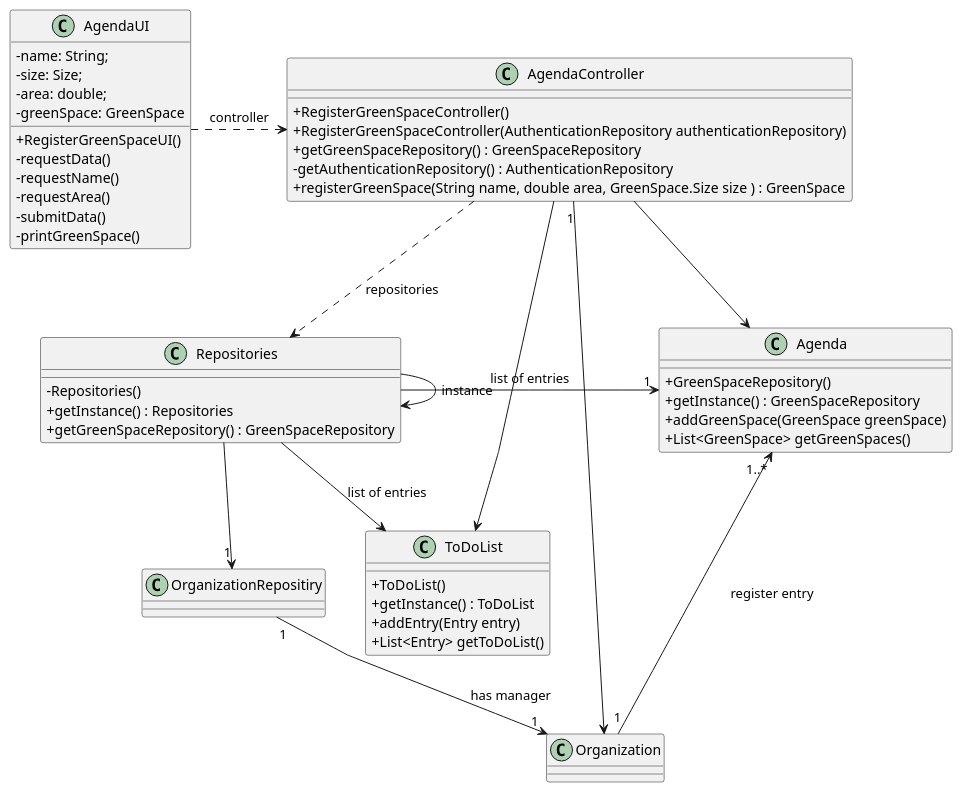
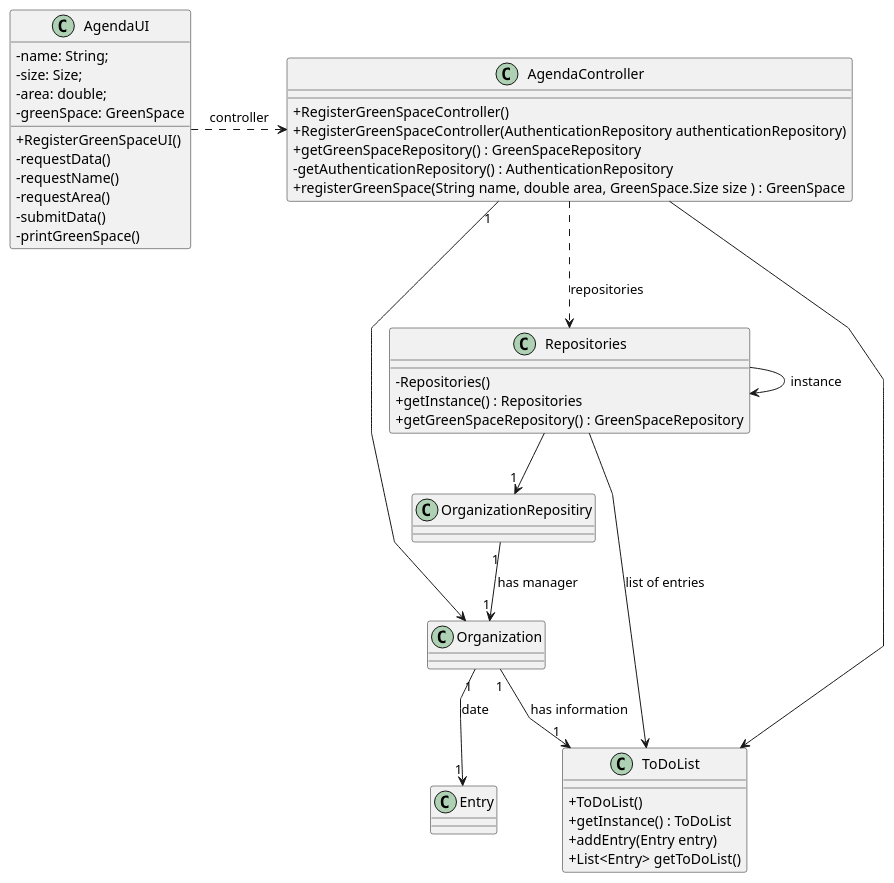
One commit to Departamento-de-Engenharia-Informatica/lei-24-s2-1df-1de-g063 changed the diagram in docs/SprintC/us022/03.design/puml/us022-class-diagram.puml. Above: the diagram before and after it, drawn with PlantUML. The commit also changed 19 other files, not shown here.

```diff
--- a/docs/SprintC/us022/03.design/puml/us022-class-diagram.puml
+++ b/docs/SprintC/us022/03.design/puml/us022-class-diagram.puml
@@ -1,69 +1,61 @@
 @startuml
 'skinparam monochrome true
 skinparam packageStyle rectangle
 skinparam shadowing false
 skinparam linetype polyline
 'skinparam linetype orto
 
 skinparam classAttributeIconSize 0
 
 'left to right direction
 class ToDoList{
 
 +ToDoList()
 +getInstance() : ToDoList
 +addEntry(Entry entry)
 +List<Entry> getToDoList()
 }
 class AgendaUI{
 -name: String;
 -size: Size;
 -area: double;
 -greenSpace: GreenSpace
 
 +RegisterGreenSpaceUI()
 -requestData()
 -requestName()
 -requestArea()
 -submitData()
 -printGreenSpace()
 }
 
 class AgendaController{
 
     +RegisterGreenSpaceController()
     +RegisterGreenSpaceController(AuthenticationRepository authenticationRepository)
     +getGreenSpaceRepository() : GreenSpaceRepository
     -getAuthenticationRepository() : AuthenticationRepository
     +registerGreenSpace(String name, double area, GreenSpace.Size size ) : GreenSpace
 }
 
 class Repositories{
     - Repositories()
     + getInstance() : Repositories
     + getGreenSpaceRepository() : GreenSpaceRepository
 }
-class ToDoList {}
-class Agenda{
-    +GreenSpaceRepository()
-    +getInstance() : GreenSpaceRepository
-    +addGreenSpace(GreenSpace greenSpace)
-    +List<GreenSpace> getGreenSpaces()
-}
+
 class Organization{}
-
+class Entry{}
 
 AgendaUI .> AgendaController : controller
 AgendaController ..> Repositories : repositories
-Repositories -> "1" Agenda : list of entries
 Repositories --> ToDoList : list of entries
 ToDoList <-down- AgendaController
-AgendaController-->Agenda
 Repositories -down-> "1" OrganizationRepositiry
 OrganizationRepositiry "1" --> "1" Organization : has manager
-Agenda "1..*" <-- "1" Organization : register entry
 AgendaController "1" --> Organization
 Repositories --> Repositories: instance
-
+Organization "1" --> "1" Entry : date
+Organization "1" --> "1" ToDoList: has information
 
 @enduml
```
